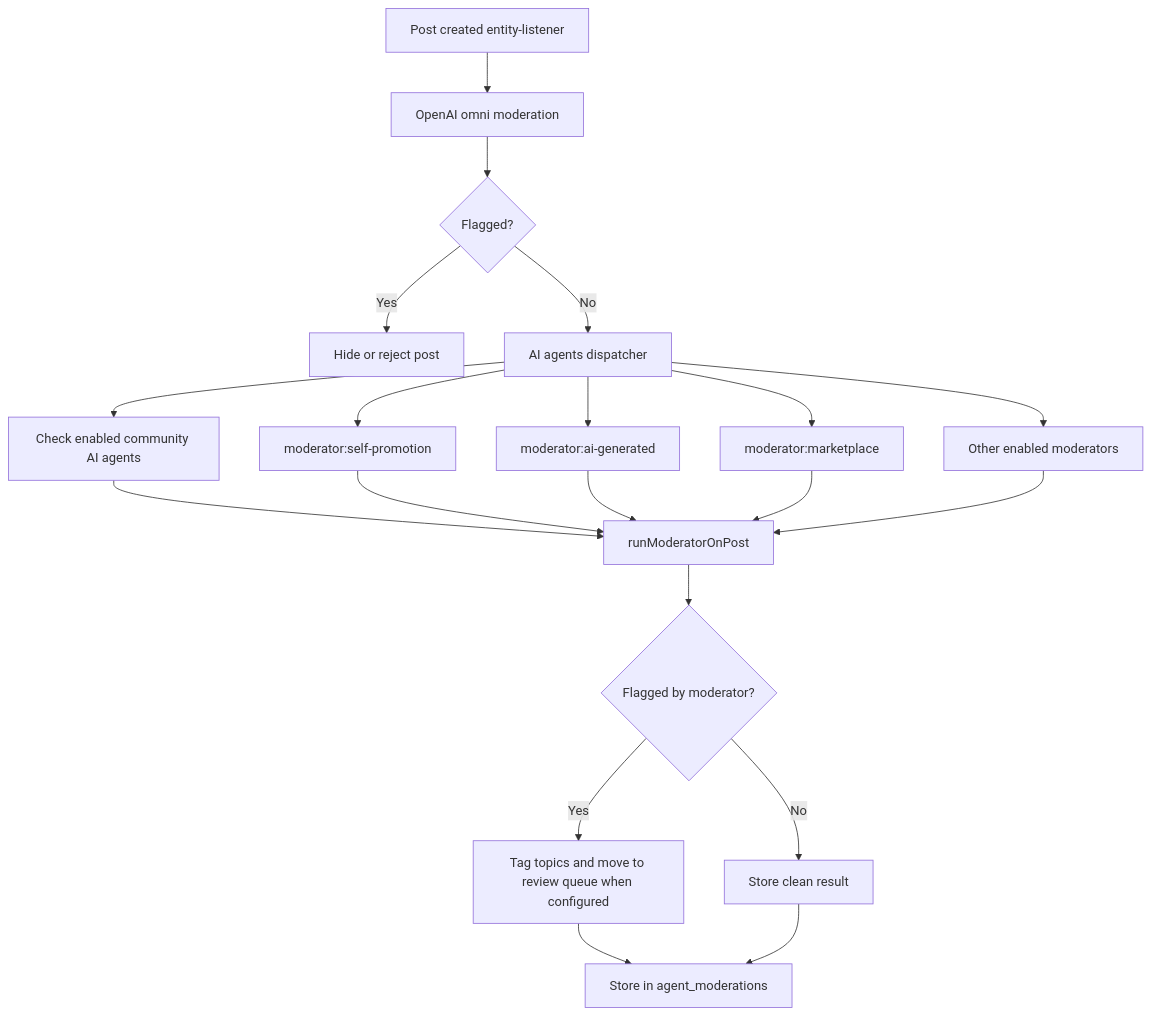
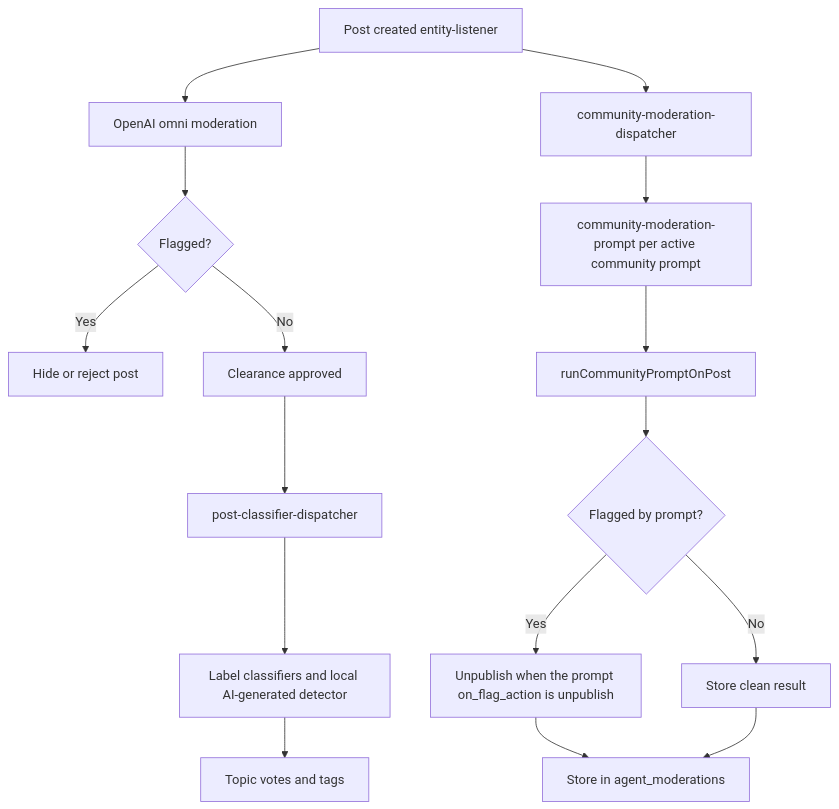
Before and after one commit to vouchington/vouchington: the diagram in docs/overview/architecture/reference-ai-agents-content-moderation-pipeline.md, drawn with Mermaid. The commit also changed other lines of this file and 13 other files, not shown here.

First line of the commit message:
docs(ai-agents): describe only the live moderation jobs and classifier flow

````diff
--- a/docs/overview/architecture/reference-ai-agents-content-moderation-pipeline.md
+++ b/docs/overview/architecture/reference-ai-agents-content-moderation-pipeline.md
@@ -9,22 +9,18 @@
 ```mermaid
 flowchart TD
   post[Post created entity-listener] --> omni[OpenAI omni moderation]
   omni --> flagged{Flagged?}
   flagged -- Yes --> hidden[Hide or reject post]
-  flagged -- No --> dispatcher[AI agents dispatcher]
-  dispatcher --> enabled[Check enabled community AI agents]
-  dispatcher --> self[moderator:self-promotion]
-  dispatcher --> ai[moderator:ai-generated]
-  dispatcher --> market[moderator:marketplace]
-  dispatcher --> other[Other enabled moderators]
-  enabled --> run[runModeratorOnPost]
-  self --> run
-  ai --> run
-  market --> run
-  other --> run
-  run --> action{Flagged by moderator?}
-  action -- Yes --> tag[Tag topics and move to review queue when configured]
+  flagged -- No --> approved[Clearance approved]
+  approved --> classifier[post-classifier-dispatcher]
+  classifier --> labels[Label classifiers and local AI-generated detector]
+  labels --> effects[Topic votes and tags]
+  post --> community[community-moderation-dispatcher]
+  community --> prompt[community-moderation-prompt per active community prompt]
+  prompt --> run[runCommunityPromptOnPost]
+  run --> action{Flagged by prompt?}
+  action -- Yes --> review[Unpublish when the prompt on_flag_action is unpublish]
   action -- No --> clean[Store clean result]
-  tag --> stored[Store in agent_moderations]
+  review --> stored[Store in agent_moderations]
   clean --> stored
 ```
````
